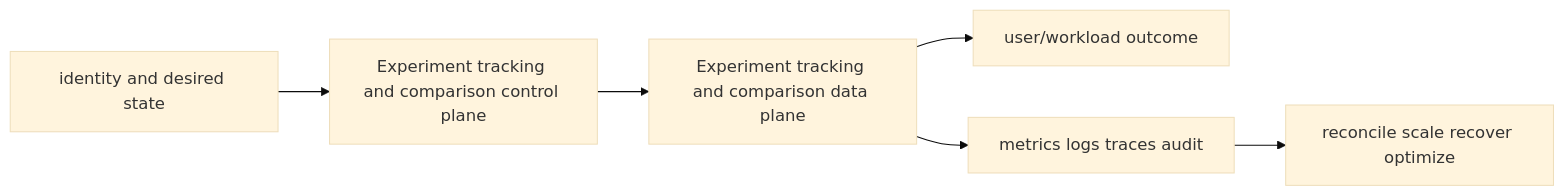
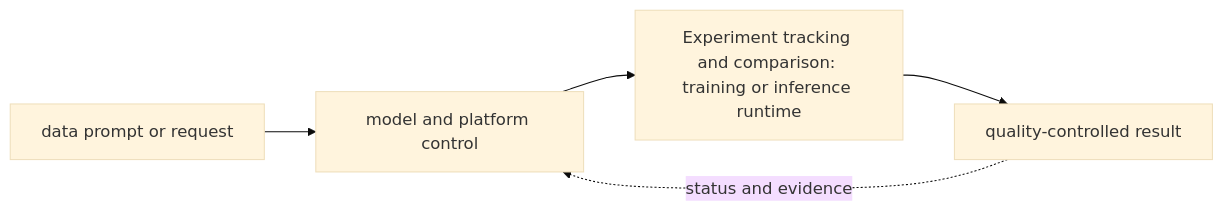
The diagram in 11-ai-platform/08-mlops-and-llmops-lifecycle/02-experiment-tracking/README.md (tomkidumbuyo/DevOps-interview-preparation), drawn with Mermaid (base theme) before and after one commit. The commit also changed other lines of this file and 753 other files, not shown here.

````diff
--- a/11-ai-platform/08-mlops-and-llmops-lifecycle/02-experiment-tracking/README.md
+++ b/11-ai-platform/08-mlops-and-llmops-lifecycle/02-experiment-tracking/README.md
@@ -19,8 +31,7 @@
 ```mermaid
 flowchart LR
-  I[identity and desired state] --> C[Experiment tracking and comparison control plane]
-  C --> D[Experiment tracking and comparison data plane]
-  D --> U[user/workload outcome]
-  D --> O[metrics logs traces audit]
-  O --> R[reconcile scale recover optimize]
+  A["data prompt or request"] --> B["model and platform control"]
+  B --> C["Experiment tracking and comparison: training or inference runtime"]
+  C --> D["quality-controlled result"]
+  D -. "status and evidence" .-> B
 ```
````
